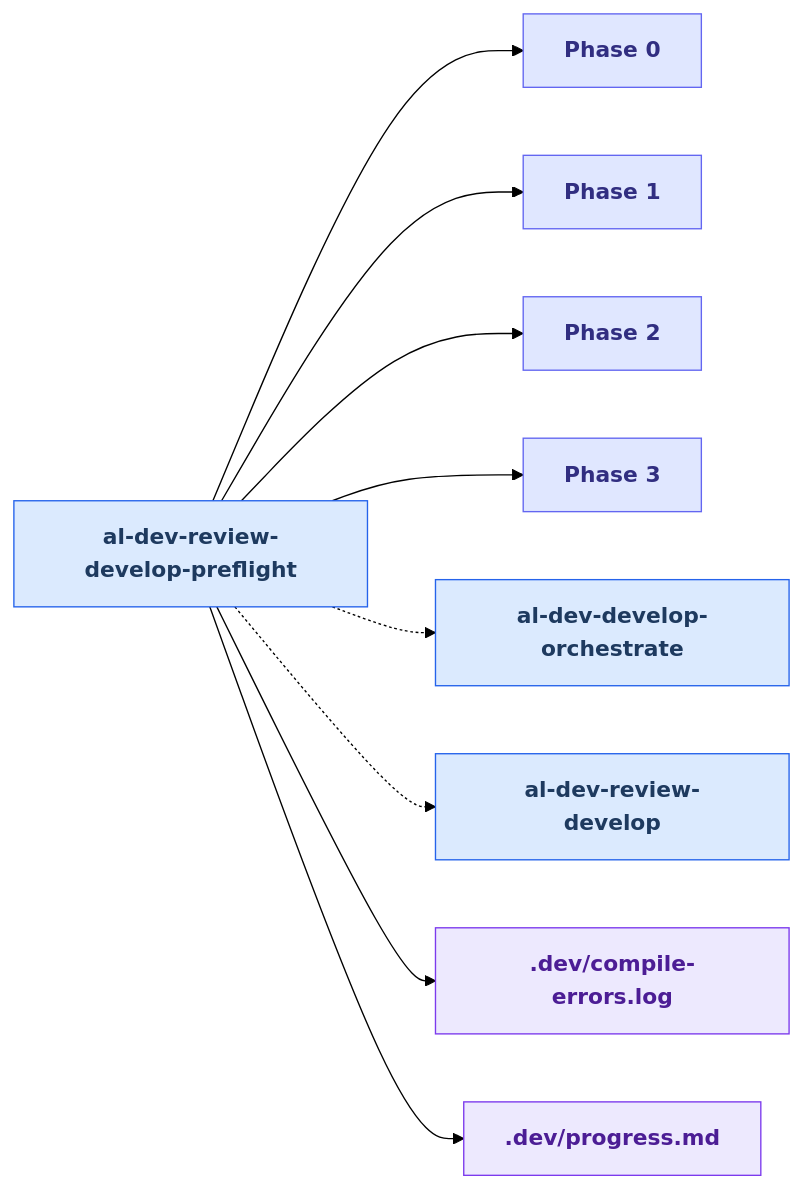
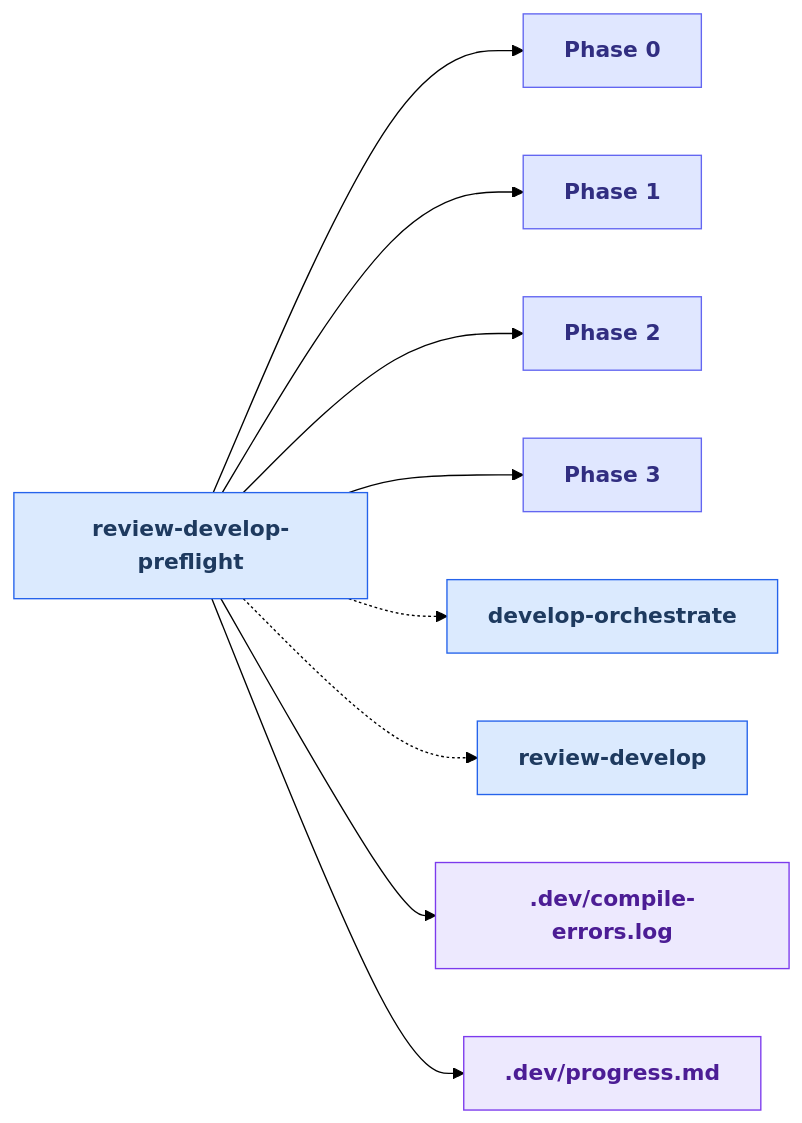
Before and after one commit to russell-laing/al-dev-shared: diagram 11 of 24 in docs/skills_map.md, drawn with Mermaid (forest theme). The commit also changed other lines of this file and 8 other files, not shown here.

````diff
--- a/docs/skills_map.md
+++ b/docs/skills_map.md
@@ -579,37 +587,37 @@
 ```mermaid
 flowchart LR
     classDef skillNode fill:#dbeafe,stroke:#2563eb,color:#1e3a5f,font-weight:bold
     classDef agentNode fill:#d1fae5,stroke:#059669,color:#064e3b,font-weight:bold
     classDef knowledgeNode fill:#fef3c7,stroke:#d97706,color:#78350f,font-weight:bold
     classDef artifactNode fill:#ede9fe,stroke:#7c3aed,color:#4c1d95,font-weight:bold
     classDef phaseNode fill:#e0e7ff,stroke:#6366f1,color:#312e81,font-weight:bold
 
-    skill_al_dev_review_develop_preflight[al-dev-review-develop-preflight]
+    skill_review_develop_preflight[review-develop-preflight]
     Phase0["Phase 0"]
     Phase1["Phase 1"]
     Phase2["Phase 2"]
     Phase3["Phase 3"]
-    skill_al_dev_develop_orchestrate[al-dev-develop-orchestrate]
-    skill_al_dev_review_develop[al-dev-review-develop]
+    skill_develop_orchestrate[develop-orchestrate]
+    skill_review_develop[review-develop]
     artifact_compile_errors_log[.dev/compile-errors.log]
     artifact_progress_md[.dev/progress.md]
 
-    skill_al_dev_review_develop_preflight --> Phase0
-    skill_al_dev_review_develop_preflight --> Phase1
-    skill_al_dev_review_develop_preflight --> Phase2
-    skill_al_dev_review_develop_preflight --> Phase3
-    skill_al_dev_review_develop_preflight -.-> skill_al_dev_develop_orchestrate
-    skill_al_dev_review_develop_preflight -.-> skill_al_dev_review_develop
-    skill_al_dev_review_develop_preflight --> artifact_compile_errors_log
-    skill_al_dev_review_develop_preflight --> artifact_progress_md
+    skill_review_develop_preflight --> Phase0
+    skill_review_develop_preflight --> Phase1
+    skill_review_develop_preflight --> Phase2
+    skill_review_develop_preflight --> Phase3
+    skill_review_develop_preflight -.-> skill_develop_orchestrate
+    skill_review_develop_preflight -.-> skill_review_develop
+    skill_review_develop_preflight --> artifact_compile_errors_log
+    skill_review_develop_preflight --> artifact_progress_md
 
-    class skill_al_dev_review_develop_preflight skillNode
+    class skill_review_develop_preflight skillNode
     class Phase0 phaseNode
     class Phase1 phaseNode
     class Phase2 phaseNode
     class Phase3 phaseNode
-    class skill_al_dev_develop_orchestrate skillNode
-    class skill_al_dev_review_develop skillNode
+    class skill_develop_orchestrate skillNode
+    class skill_review_develop skillNode
     class artifact_compile_errors_log artifactNode
     class artifact_progress_md artifactNode
 ```
````
